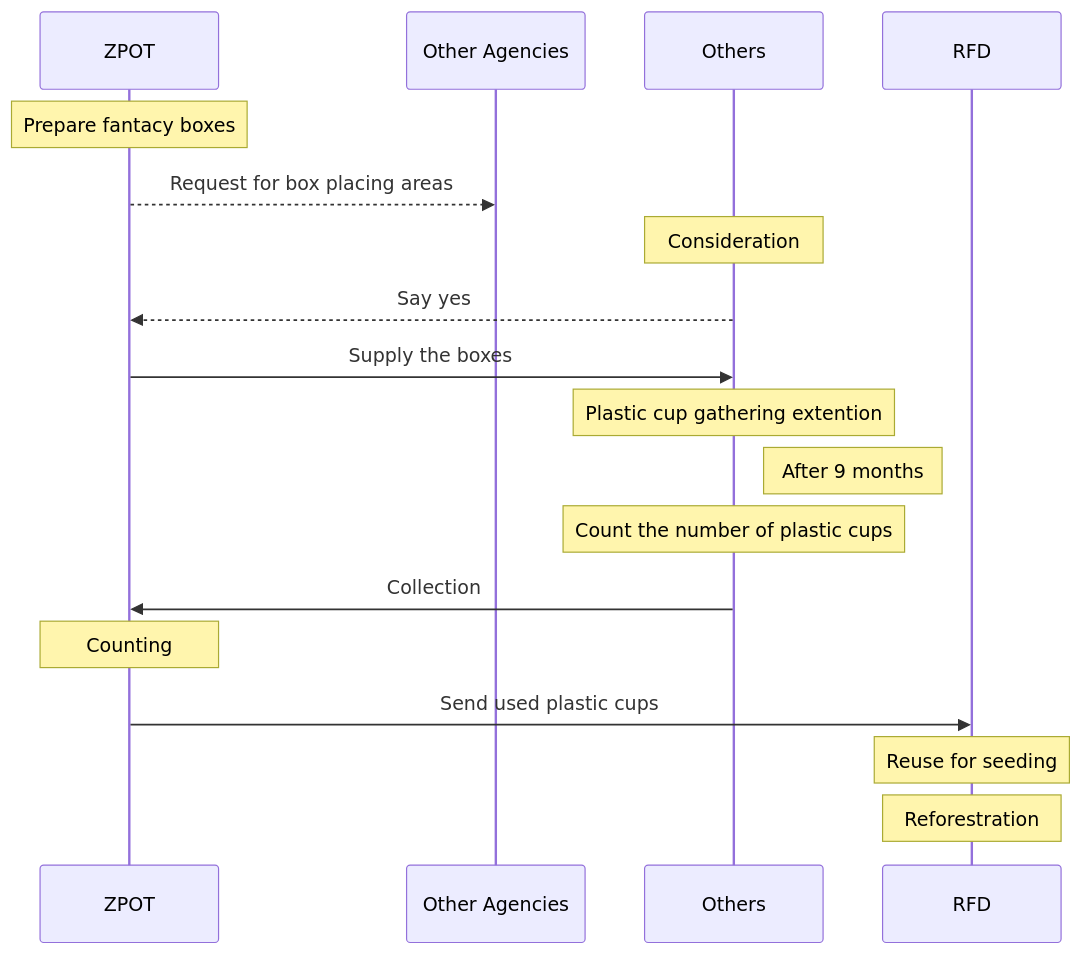
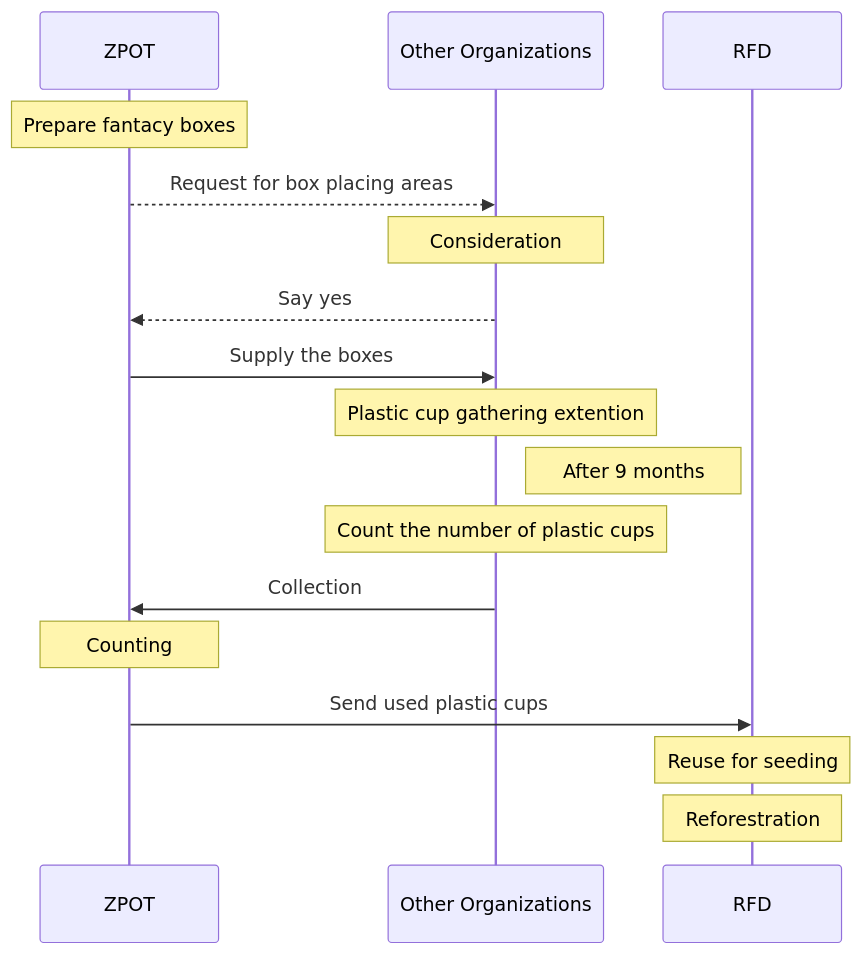
One commit to Kietpawpan/carbon changed the first of 2 diagrams in README.md. Above: the diagram before and after it, drawn with Mermaid.

````diff
--- a/README.md
+++ b/README.md
@@ -9,16 +9,16 @@
 ```mermaid
 sequenceDiagram
     Note over ZPOT: Prepare fantacy boxes  
-    ZPOT-->>Other Agencies: Request for box placing areas
-    Note over Others: Consideration
-    Others-->>ZPOT: Say yes
-    ZPOT->>Others: Supply the boxes
-    Note over Others: Plastic cup gathering extention
-    Note right of Others: After 9 months
-    Note over Others: Count the number of plastic cups
-    Others->>ZPOT: Collection
+    ZPOT-->>Other Organizations: Request for box placing areas
+    Note over Other Organizations: Consideration
+    Other Organizations-->>ZPOT: Say yes
+    ZPOT->>Other Organizations: Supply the boxes
+    Note over Other Organizations: Plastic cup gathering extention
+    Note right of Other Organizations: After 9 months
+    Note over Other Organizations: Count the number of plastic cups
+    Other Organizations->>ZPOT: Collection
     Note over ZPOT: Counting
     ZPOT->>RFD: Send used plastic cups
     Note over RFD: Reuse for seeding
     Note over RFD: Reforestration
 ```
````
